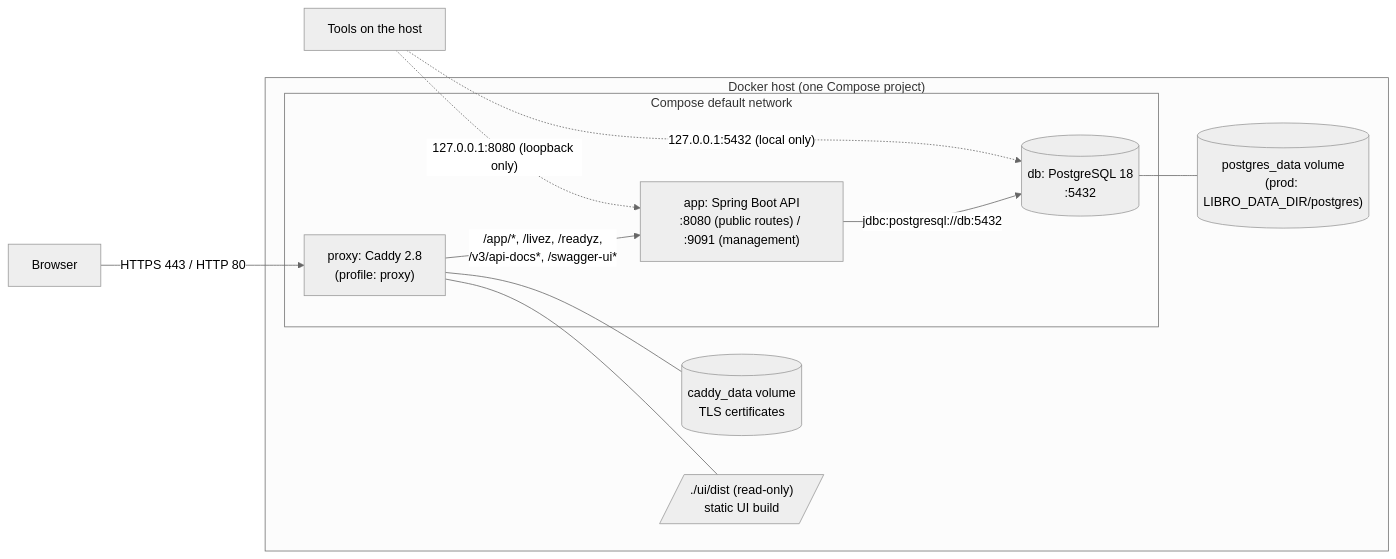
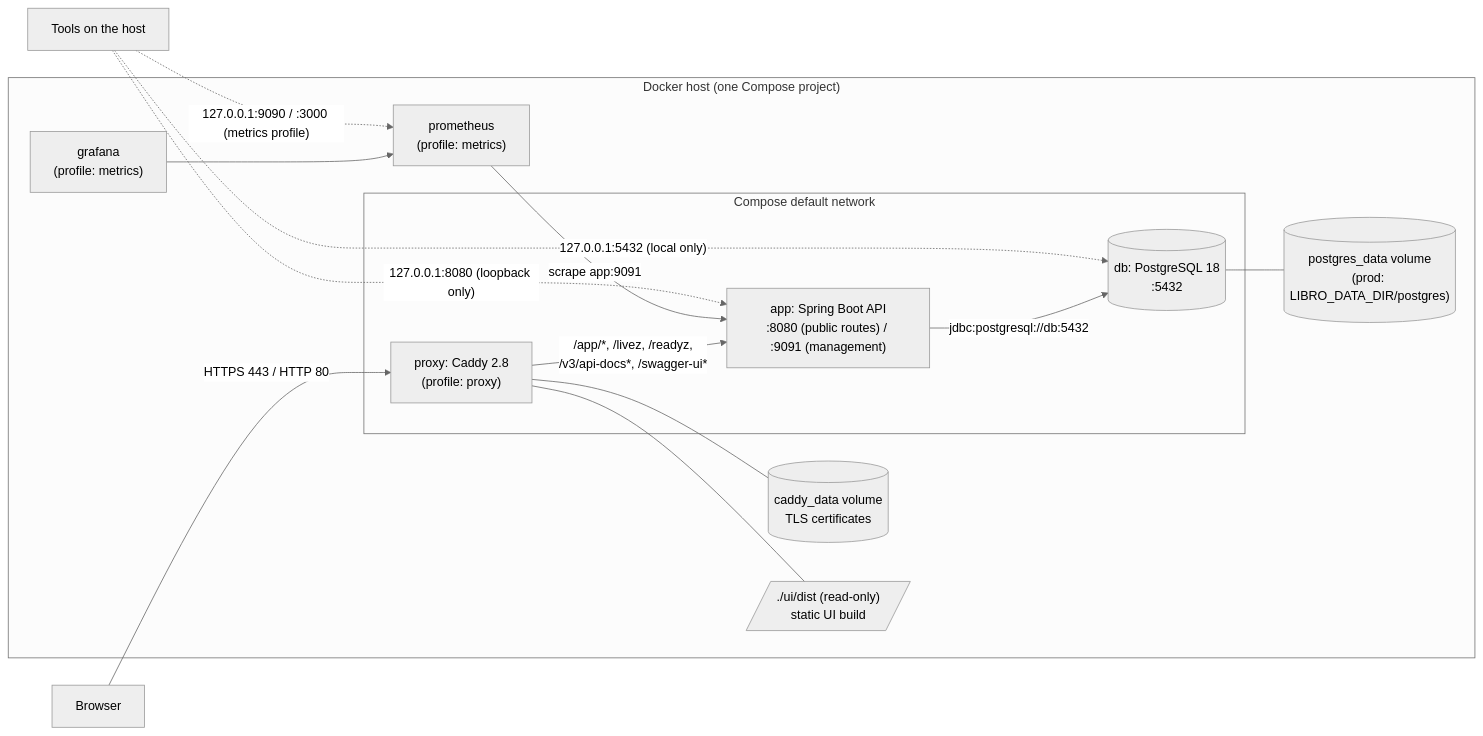
The second of 3 diagrams in README.md (kyledelfin2006/libro-library-system), drawn with Mermaid (neutral theme) before and after one commit. The commit also changed other lines of this file and 8 other files, not shown here.

````diff
--- a/README.md
+++ b/README.md
@@ -248,18 +248,21 @@
 ```mermaid
 flowchart LR
     Browser[Browser] -->|"HTTPS 443 / HTTP 80"| Proxy
     subgraph Host["Docker host (one Compose project)"]
         subgraph Net["Compose default network"]
             Proxy["proxy: Caddy 2.8<br/>(profile: proxy)"]
             App["app: Spring Boot API<br/>:8080 (public routes) / :9091 (management)"]
             DB[("db: PostgreSQL 18<br/>:5432")]
         end
         Proxy -->|"/app/*, /livez, /readyz,<br/>/v3/api-docs*, /swagger-ui*"| App
         App -->|"jdbc:postgresql://db:5432"| DB
         DB --- PG[("postgres_data volume<br/>(prod: LIBRO_DATA_DIR/postgres)")]
         Proxy --- CD[("caddy_data volume<br/>TLS certificates")]
         Proxy --- UI[/"./ui/dist (read-only)<br/>static UI build"/]
+        Prom["prometheus<br/>(profile: metrics)"] -->|"scrape app:9091"| App
+        Graf["grafana<br/>(profile: metrics)"] --> Prom
     end
     Dev["Tools on the host"] -.->|"127.0.0.1:8080 (loopback only)"| App
     Dev -.->|"127.0.0.1:5432 (local only)"| DB
+    Dev -.->|"127.0.0.1:9090 / :3000 (metrics profile)"| Prom
 ```
````
